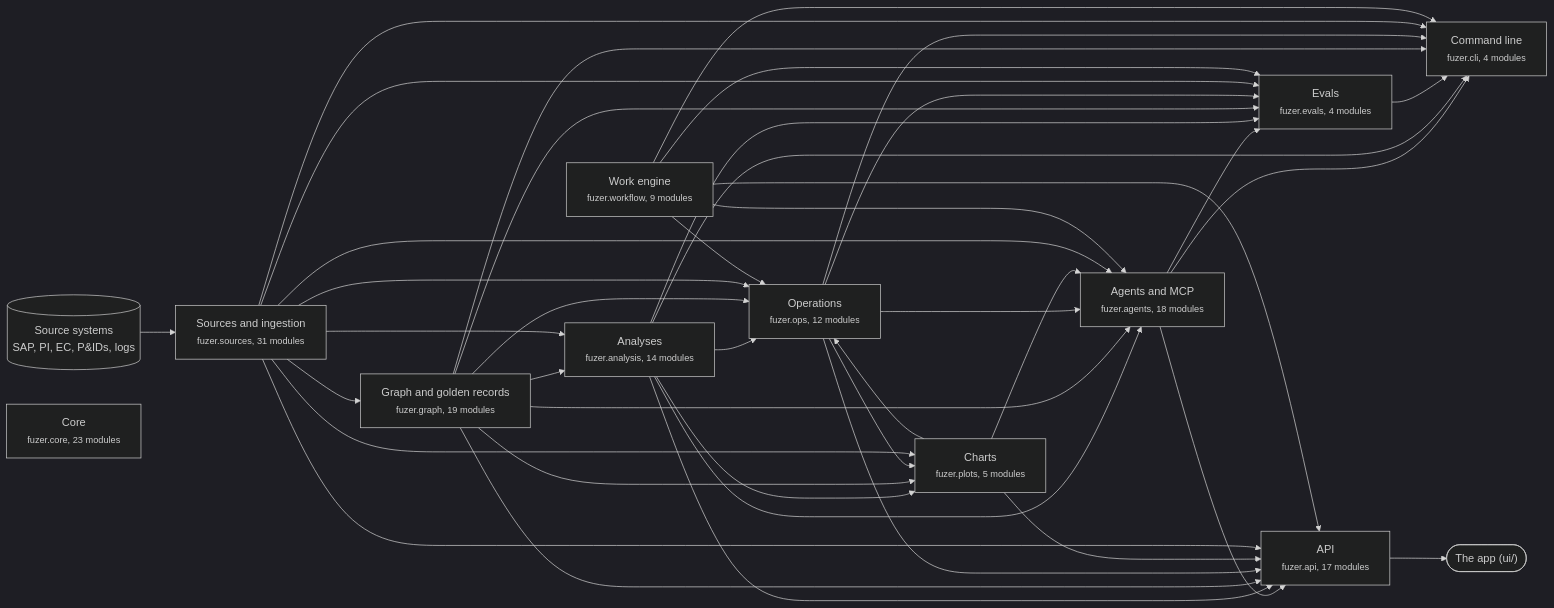
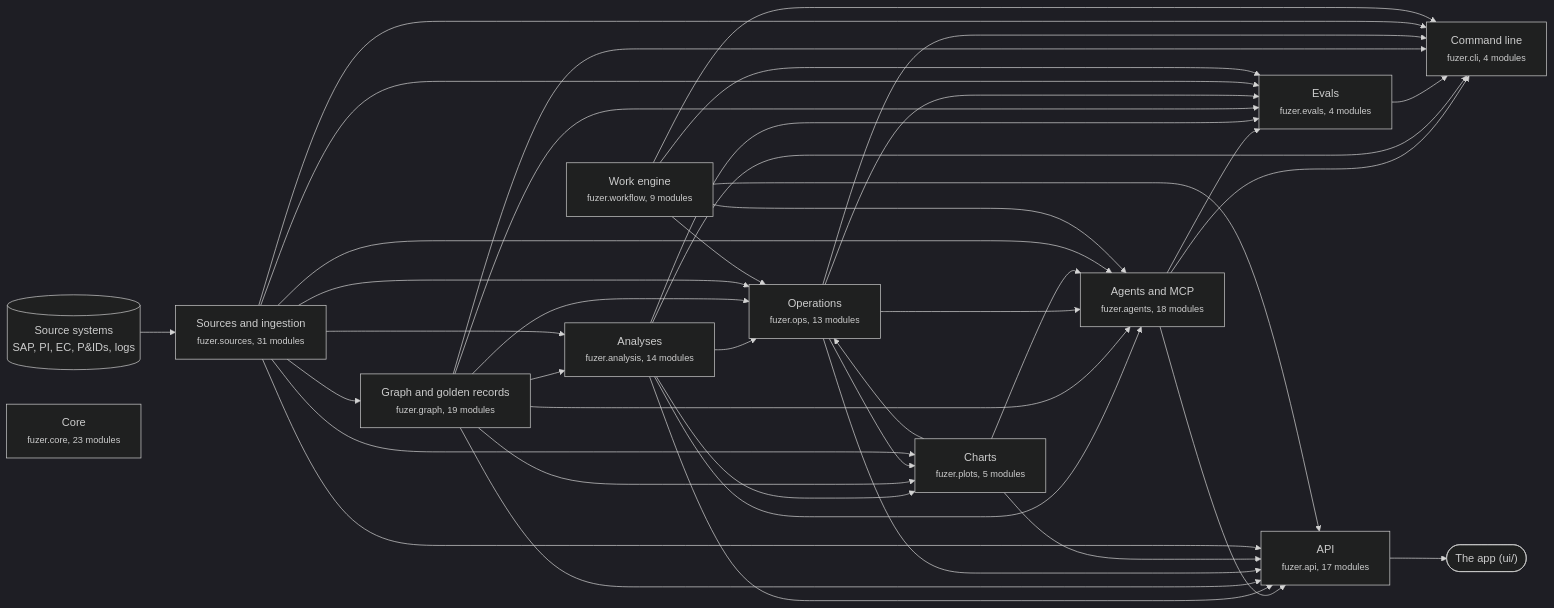
The first of 3 diagrams in docs/architecture.md (areed145/fuzer), drawn with Mermaid (dark theme) before and after one commit. The commit also changed other lines of this file and 18 other files, not shown here.

````diff
--- a/docs/architecture.md
+++ b/docs/architecture.md
@@ -8,66 +8,66 @@
 ```mermaid
 flowchart LR
   systems[("Source systems<br>SAP, PI, EC, P&IDs, logs")] --> c_sources
   app(["The app (ui/)"])
   c_api --> app
   c_sources["Sources and ingestion<br><small>fuzer.sources, 31 modules</small>"]
   c_graph["Graph and golden records<br><small>fuzer.graph, 19 modules</small>"]
   c_analysis["Analyses<br><small>fuzer.analysis, 14 modules</small>"]
-  c_ops["Operations<br><small>fuzer.ops, 12 modules</small>"]
+  c_ops["Operations<br><small>fuzer.ops, 13 modules</small>"]
   c_plots["Charts<br><small>fuzer.plots, 5 modules</small>"]
   c_workflow["Work engine<br><small>fuzer.workflow, 9 modules</small>"]
   c_agents["Agents and MCP<br><small>fuzer.agents, 18 modules</small>"]
   c_evals["Evals<br><small>fuzer.evals, 4 modules</small>"]
   c_api["API<br><small>fuzer.api, 17 modules</small>"]
   c_cli["Command line<br><small>fuzer.cli, 4 modules</small>"]
   c_core["Core<br><small>fuzer.core, 23 modules</small>"]
   c_sources --> c_graph
   c_graph --> c_analysis
   c_sources --> c_analysis
   c_analysis --> c_ops
   c_graph --> c_ops
   c_plots --> c_ops
   c_sources --> c_ops
   c_workflow --> c_ops
   c_analysis --> c_plots
   c_graph --> c_plots
   c_ops --> c_plots
   c_sources --> c_plots
   c_analysis --> c_agents
   c_graph --> c_agents
   c_ops --> c_agents
   c_plots --> c_agents
   c_sources --> c_agents
   c_workflow --> c_agents
   c_agents --> c_evals
   c_analysis --> c_evals
   c_graph --> c_evals
   c_ops --> c_evals
   c_sources --> c_evals
   c_workflow --> c_evals
   c_agents --> c_api
   c_analysis --> c_api
   c_graph --> c_api
   c_ops --> c_api
   c_plots --> c_api
   c_sources --> c_api
   c_workflow --> c_api
   c_agents --> c_cli
   c_analysis --> c_cli
   c_evals --> c_cli
   c_graph --> c_cli
   c_ops --> c_cli
   c_sources --> c_cli
   c_workflow --> c_cli
   click c_sources "https://github.com/areed145/fuzer/tree/main/src/fuzer/sources"
   click c_graph "https://github.com/areed145/fuzer/tree/main/src/fuzer/graph"
   click c_analysis "https://github.com/areed145/fuzer/tree/main/src/fuzer/analysis"
   click c_ops "https://github.com/areed145/fuzer/tree/main/src/fuzer/ops"
   click c_plots "https://github.com/areed145/fuzer/tree/main/src/fuzer/plots"
   click c_workflow "https://github.com/areed145/fuzer/tree/main/src/fuzer/workflow"
   click c_agents "https://github.com/areed145/fuzer/tree/main/src/fuzer/agents"
   click c_evals "https://github.com/areed145/fuzer/tree/main/src/fuzer/evals"
   click c_api "https://github.com/areed145/fuzer/tree/main/src/fuzer/api"
   click c_cli "https://github.com/areed145/fuzer/tree/main/src/fuzer/cli"
   click c_core "https://github.com/areed145/fuzer/tree/main/src/fuzer/core"
 ```
````
